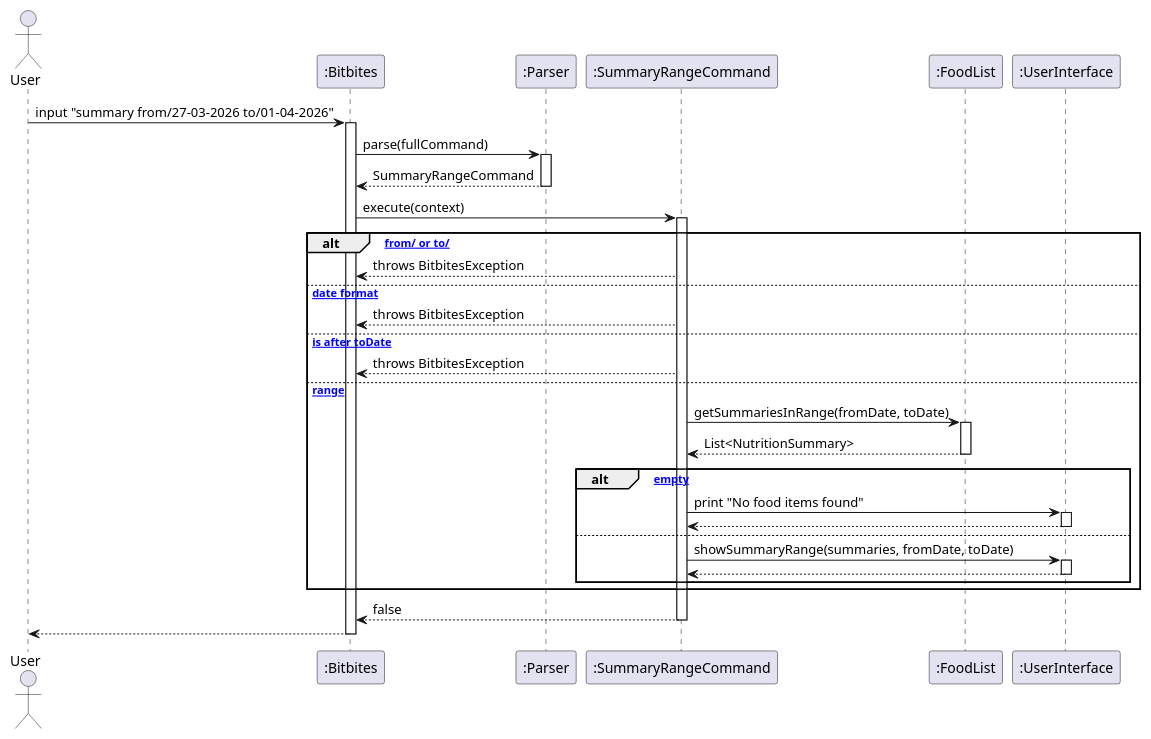
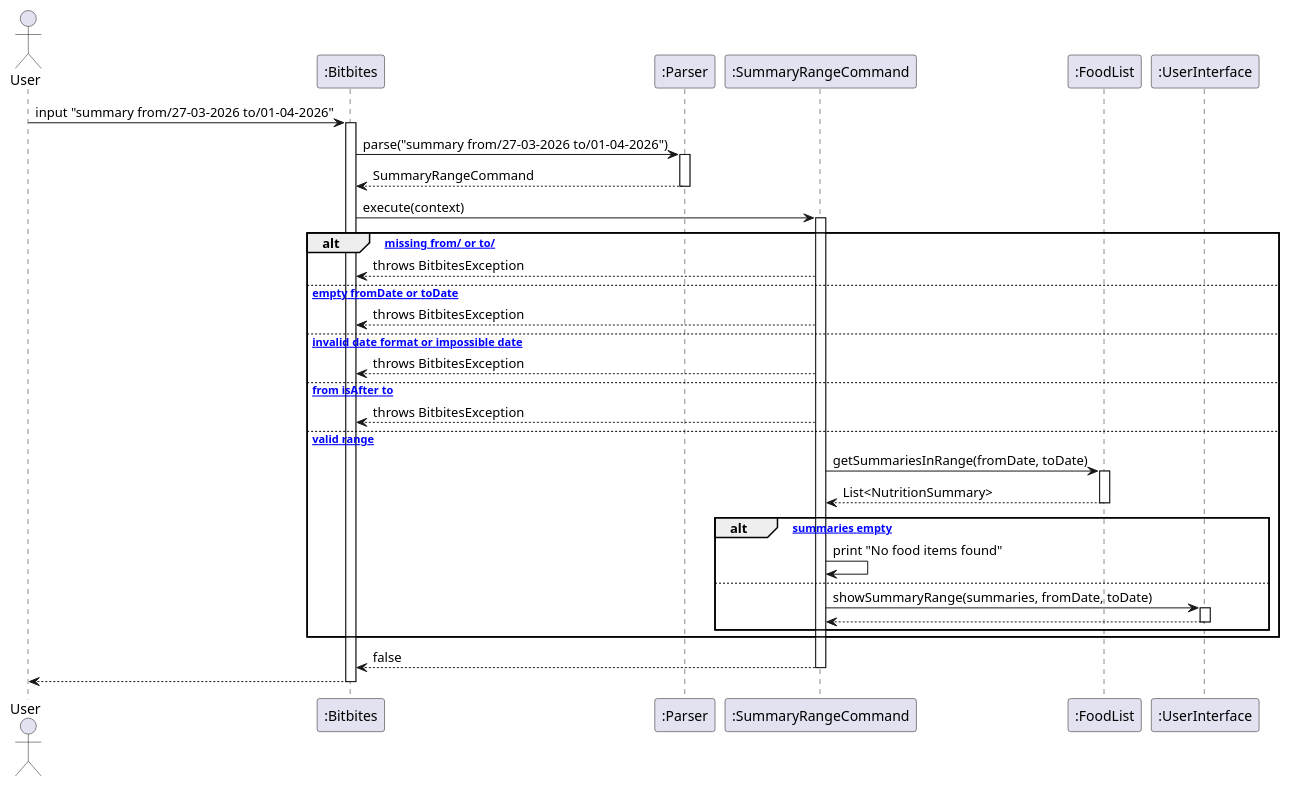
Before and after one commit to bryanyeo3125/tp: the diagram in docs/uml/summary_range.puml, drawn with PlantUML. The commit also changed 15 other files, not shown here.

Commit message:
Update UML

```diff
--- a/docs/uml/summary_range.puml
+++ b/docs/uml/summary_range.puml
@@ -1,50 +1,49 @@
 @startuml
 actor User
 participant ":Bitbites" as Bitbites
 participant ":Parser" as Parser
 participant ":SummaryRangeCommand" as SummaryRangeCommand
 participant ":FoodList" as FoodList
 participant ":UserInterface" as UI
 
 User -> Bitbites : input "summary from/27-03-2026 to/01-04-2026"
 activate Bitbites
 
-Bitbites -> Parser : parse(fullCommand)
+Bitbites -> Parser : parse("summary from/27-03-2026 to/01-04-2026")
 activate Parser
 Parser --> Bitbites : SummaryRangeCommand
 deactivate Parser
 
 Bitbites -> SummaryRangeCommand : execute(context)
 activate SummaryRangeCommand
 
-alt [missing from/ or to/]
+alt [* missing from/ or to/]
   SummaryRangeCommand --> Bitbites : throws BitbitesException
-else [invalid date format]
+else [* empty fromDate or toDate]
   SummaryRangeCommand --> Bitbites : throws BitbitesException
-else [fromDate is after toDate]
+else [* invalid date format or impossible date]
   SummaryRangeCommand --> Bitbites : throws BitbitesException
-else [valid range]
+else [* from isAfter to]
+  SummaryRangeCommand --> Bitbites : throws BitbitesException
+else [* valid range]
   SummaryRangeCommand -> FoodList : getSummariesInRange(fromDate, toDate)
   activate FoodList
   FoodList --> SummaryRangeCommand : List<NutritionSummary>
   deactivate FoodList
 
-  alt [summaries empty]
-    SummaryRangeCommand -> UI : print "No food items found"
-    activate UI
-    UI --> SummaryRangeCommand
-    deactivate UI
+  alt [* summaries empty]
+    SummaryRangeCommand -> SummaryRangeCommand : print "No food items found"
   else
     SummaryRangeCommand -> UI : showSummaryRange(summaries, fromDate, toDate)
     activate UI
     UI --> SummaryRangeCommand
     deactivate UI
   end
 end
 
 SummaryRangeCommand --> Bitbites : false
 deactivate SummaryRangeCommand
 
 Bitbites --> User
 deactivate Bitbites
 @enduml
```
